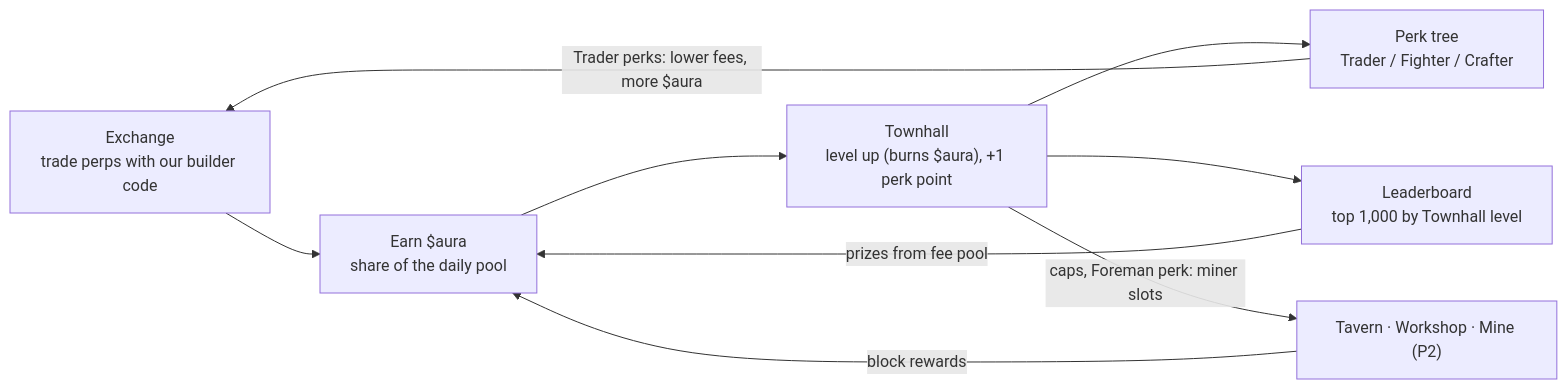
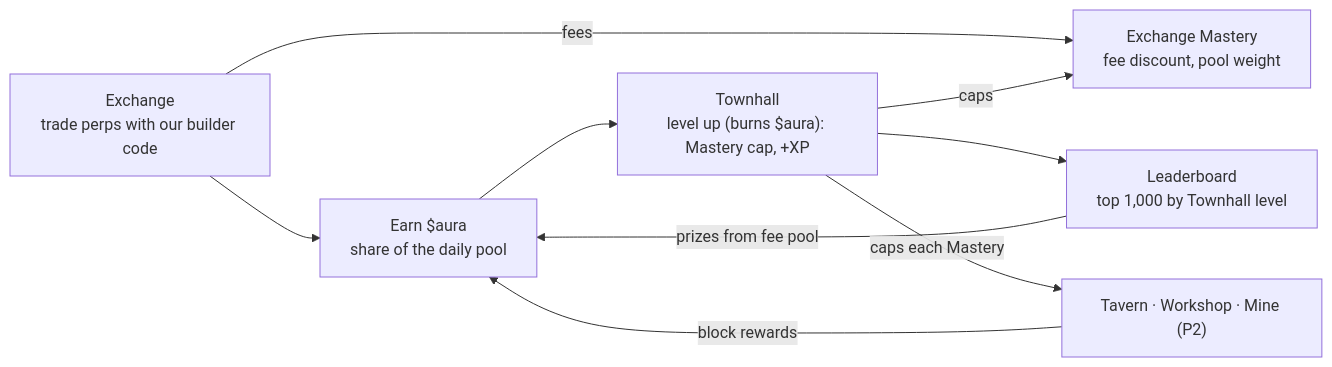
One commit to atonyp89/hyperempire changed the first of 2 diagrams in docs/economy/game-design.md. Above: the diagram before and after it, drawn with Mermaid. The commit also changed other lines of this file and 20 other files, not shown here.

First line of the commit message:
Replace the Townhall perk tree with per-building Mastery

````diff
--- a/docs/economy/game-design.md
+++ b/docs/economy/game-design.md
@@ -67,11 +66,11 @@
 ```mermaid
 flowchart LR
   X["Exchange<br/>trade perps with our builder code"] --> E["Earn $aura<br/>share of the daily pool"]
-  E --> T["Townhall<br/>level up (burns $aura), +1 perk point"]
-  T --> P["Perk tree<br/>Trader / Fighter / Crafter"]
-  P -- "Trader perks: lower fees, more $aura" --> X
+  E --> T["Townhall<br/>level up (burns $aura): Mastery cap, +XP"]
+  X -- "fees" --> MX["Exchange Mastery<br/>fee discount, pool weight"]
+  T -- "caps" --> MX
   T --> B["Leaderboard<br/>top 1,000 by Townhall level"]
   B -- "prizes from fee pool" --> E
-  T -- "caps, Foreman perk: miner slots" --> V["Tavern · Workshop · Mine (P2)"]
+  T -- "caps each Mastery" --> V["Tavern · Workshop · Mine (P2)"]
   V -- "block rewards" --> E
 ```
````
